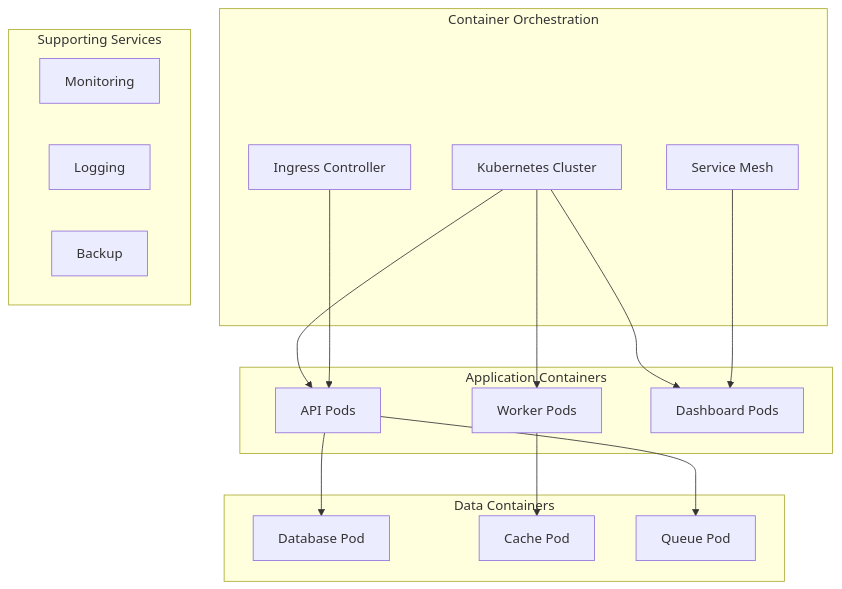
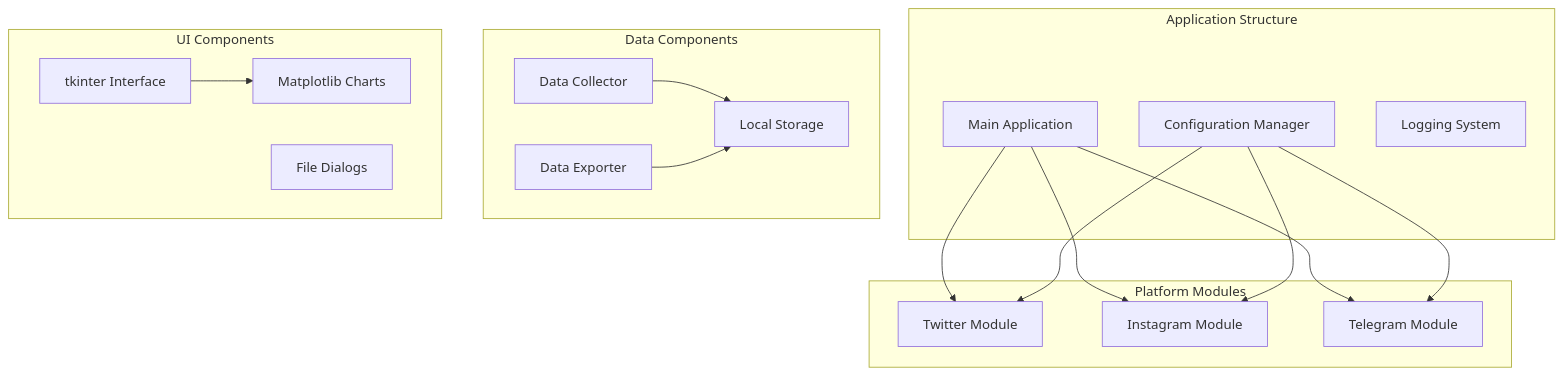
One commit to Divesh-Kshirsagar/Anti-India-Campaigns-Detector changed the eighth of 8 diagrams in docs/architecture/overview.md. Above: the diagram before and after it, drawn with Mermaid. The commit also changed other lines of this file and 7 other files, not shown here.

````diff
--- a/docs/architecture/overview.md
+++ b/docs/architecture/overview.md
@@ -361,37 +361,38 @@
 ```mermaid
 graph TB
-    subgraph "Container Orchestration"
-        K8S[Kubernetes Cluster]
-        INGRESS[Ingress Controller]
-        SERVICE[Service Mesh]
+    subgraph "Application Structure"
+        MAIN[Main Application]
+        CONFIG[Configuration Manager]
+        LOGGER[Logging System]
     end
     
-    subgraph "Application Containers"
-        API_POD[API Pods]
-        WORKER_POD[Worker Pods]
-        DASHBOARD_POD[Dashboard Pods]
+    subgraph "Platform Modules"
+        TWITTER[Twitter Module]
+        INSTAGRAM[Instagram Module]
+        TELEGRAM[Telegram Module]
     end
     
-    subgraph "Data Containers"
-        DB_POD[Database Pod]
-        CACHE_POD[Cache Pod]
-        QUEUE_POD[Queue Pod]
+    subgraph "Data Components"
+        COLLECTOR[Data Collector]
+        EXPORTER[Data Exporter]
+        STORAGE[Local Storage]
     end
     
-    subgraph "Supporting Services"
-        MONITOR_POD[Monitoring]
-        LOG_POD[Logging]
-        BACKUP_POD[Backup]
+    subgraph "UI Components"
+        GUI[tkinter Interface]
+        CHARTS[Matplotlib Charts]
+        DIALOGS[File Dialogs]
     end
     
-    K8S --> API_POD
-    K8S --> WORKER_POD
-    K8S --> DASHBOARD_POD
+    MAIN --> TWITTER
+    MAIN --> INSTAGRAM
+    MAIN --> TELEGRAM
     
-    INGRESS --> API_POD
-    SERVICE --> DASHBOARD_POD
+    CONFIG --> TWITTER
+    CONFIG --> INSTAGRAM
+    CONFIG --> TELEGRAM
     
-    API_POD --> DB_POD
-    WORKER_POD --> CACHE_POD
-    API_POD --> QUEUE_POD
+    COLLECTOR --> STORAGE
+    EXPORTER --> STORAGE
+    GUI --> CHARTS
 ```
````
